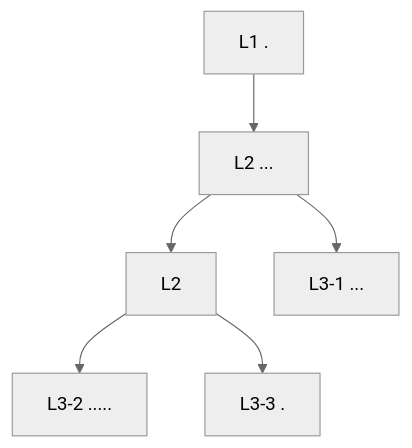
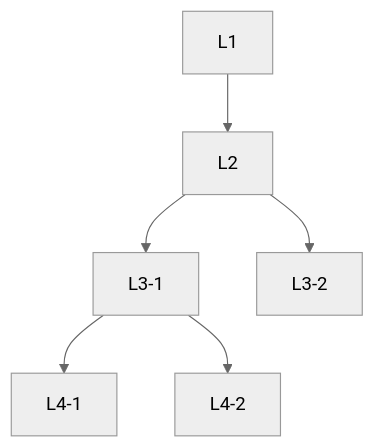
One commit to xingguo-hill/learn changed the diagram in x/readme/grap_td.md. Above: the diagram before and after it, drawn with Mermaid (neutral theme).

Commit message:
add grapT

````diff
--- a/x/readme/grap_td.md
+++ b/x/readme/grap_td.md
@@ -5,15 +5,15 @@
 ```mermaid
 graph TD
-A[ L1 .]
-B[L2  ...]
-D[L2]
-E["L3-1"  ...]
-F["L3-2" .....]
-G[L3-3 .]
+A[ L1 ]
+B[L2]
+D[L3-1]
+E["L3-2"]
+F["L4-1"]
+G[L4-2 ]
 
 A --> B
 B --> D
 B --> E
 D --> F
 D --> G
 ```
````
